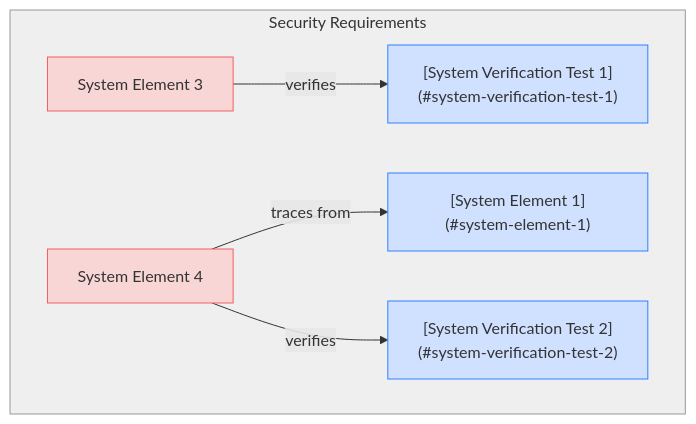
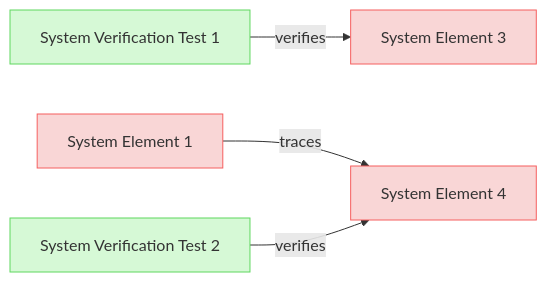
One commit to reqvire-org/reqvire changed the second of 2 diagrams in test-fixtures/test-diagram-generation/SystemRequirements.md. Above: the diagram before and after it, drawn with Mermaid. The commit also changed other lines of this file and 18 other files, not shown here.

````diff
--- a/test-fixtures/test-diagram-generation/SystemRequirements.md
+++ b/test-fixtures/test-diagram-generation/SystemRequirements.md
@@ -57,29 +55,29 @@
 ```mermaid
-graph TD;
+graph LR;
   %% Graph styling
   classDef requirement fill:#f9d6d6,stroke:#f55f5f,stroke-width:1px;
   classDef satisfies fill:#fff2cc,stroke:#ffcc00,stroke-width:1px;
   classDef verification fill:#d6f9d6,stroke:#5fd75f,stroke-width:1px;
   classDef externalLink fill:#d0e0ff,stroke:#3080ff,stroke-width:1px;
   classDef paragraph fill:#efefef,stroke:#999999,stroke-width:1px;
   classDef default fill:#f5f5f5,stroke:#333333,stroke-width:1px;
 
-  subgraph para["Security Requirements"];
     System_Element_3["System Element 3"];
     click System_Element_3 "SystemRequirements.md#system-element-3";
     class System_Element_3 requirement;
-    System_Element_3 -->|verifies| _System_Verification_Test_1___system_verification_test_1_;
-  _System_Verification_Test_1___system_verification_test_1_["[System Verification Test 1](#system-verification-test-1)"];
-  class _System_Verification_Test_1___system_verification_test_1_ externalLink;
+    _System_Verification_Test_1___system_verification_test_1_ -->|verifies| System_Element_3;
+    _System_Verification_Test_1___system_verification_test_1_["System Verification Test 1"];
+    click _System_Verification_Test_1___system_verification_test_1_ "#system-verification-test-1";
+    class _System_Verification_Test_1___system_verification_test_1_ verification;
     System_Element_4["System Element 4"];
     click System_Element_4 "SystemRequirements.md#system-element-4";
     class System_Element_4 requirement;
-    System_Element_4 -->|traces from| _System_Element_1___system_element_1_;
-  _System_Element_1___system_element_1_["[System Element 1](#system-element-1)"];
-  class _System_Element_1___system_element_1_ externalLink;
-    System_Element_4 -->|verifies| _System_Verification_Test_2___system_verification_test_2_;
-  _System_Verification_Test_2___system_verification_test_2_["[System Verification Test 2](#system-verification-test-2)"];
-  class _System_Verification_Test_2___system_verification_test_2_ externalLink;
-  end;
-  class para paragraph;
+    _System_Element_1___system_element_1_ -->|traces| System_Element_4;
+    _System_Element_1___system_element_1_["System Element 1"];
+    click _System_Element_1___system_element_1_ "#system-element-1";
+    class _System_Element_1___system_element_1_ requirement;
+    _System_Verification_Test_2___system_verification_test_2_ -->|verifies| System_Element_4;
+    _System_Verification_Test_2___system_verification_test_2_["System Verification Test 2"];
+    click _System_Verification_Test_2___system_verification_test_2_ "#system-verification-test-2";
+    class _System_Verification_Test_2___system_verification_test_2_ verification;
 ```
````
